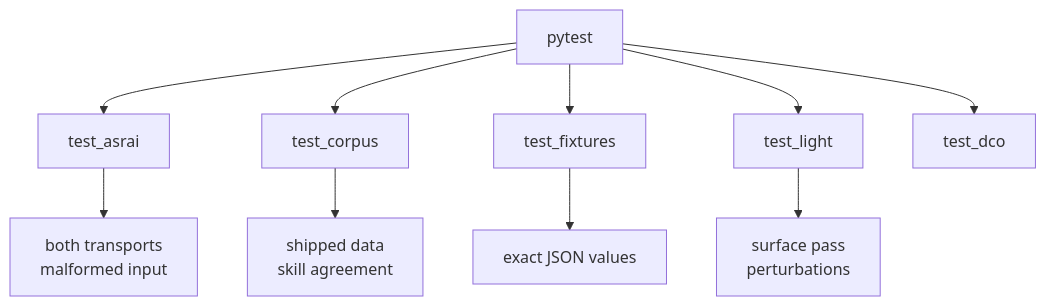
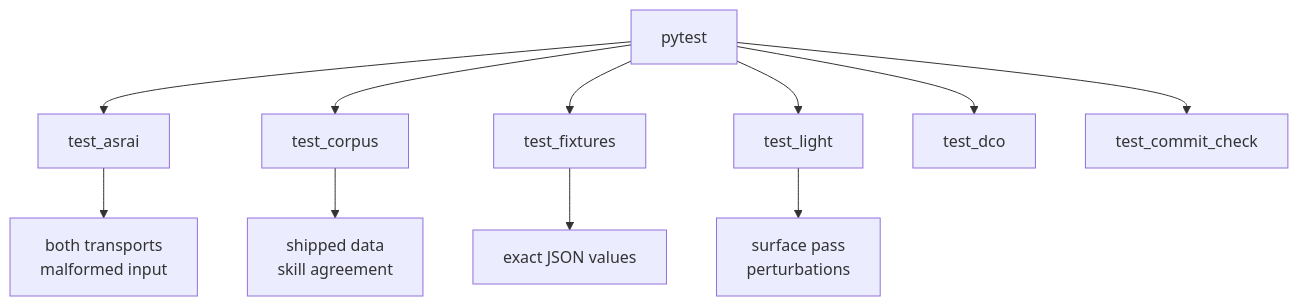
Before and after one commit to Stdev17/asrai: the diagram in tests/README.md, drawn with Mermaid. The commit also changed other lines of this file and 11 other files, not shown here.

First line of the commit message:
chore(process): enforce asrai commit policy

````diff
--- a/tests/README.md
+++ b/tests/README.md
@@ -11,8 +11,8 @@
 ```mermaid
 flowchart TD
-    PYTEST[pytest] --> ASRAI[test_asrai] & CORPUS[test_corpus] & FIXTURES[test_fixtures] & LIGHT[test_light] & DCO[test_dco]
+    PYTEST[pytest] --> ASRAI[test_asrai] & CORPUS[test_corpus] & FIXTURES[test_fixtures] & LIGHT[test_light] & DCO[test_dco] & COMMITS[test_commit_check]
     ASRAI --> TRANSPORTS["both transports<br/>malformed input"]
     CORPUS --> STOCK["shipped data<br/>skill agreement"]
     FIXTURES --> VALUES["exact JSON values"]
     LIGHT --> SURFACE["surface pass<br/>perturbations"]
 ```
````
